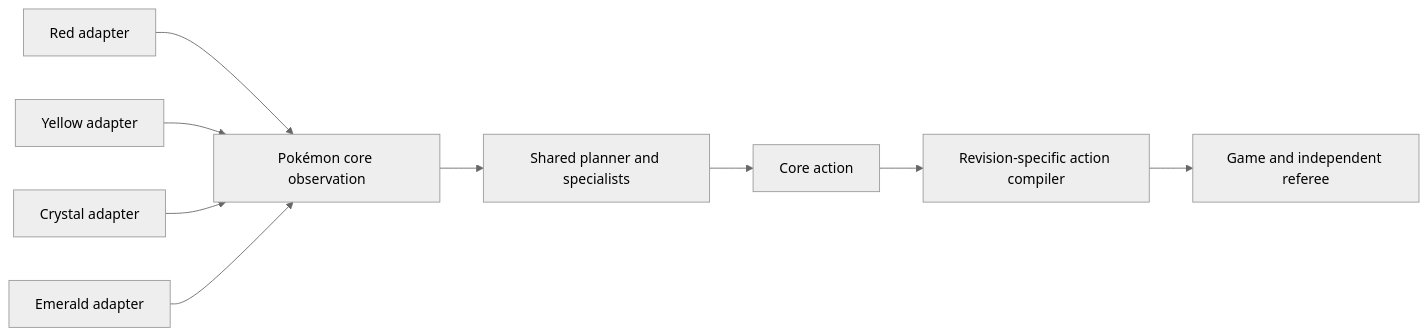
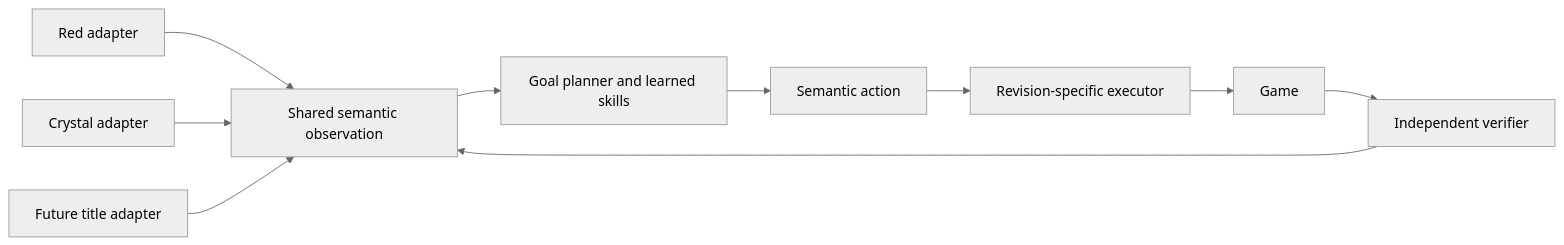
One commit to PeteAndrews1289/pokemon-red-completion-agent changed the diagram in docs/transfer-learning.md. Above: the diagram before and after it, drawn with Mermaid (neutral theme). The commit also changed other lines of this file and 56 other files, not shown here.

````diff
--- a/docs/transfer-learning.md
+++ b/docs/transfer-learning.md
@@ -54,11 +49,12 @@
 ```mermaid
 flowchart LR
-    R["Red adapter"] --> O["Pokémon core observation"]
-    Y["Yellow adapter"] --> O
+    R["Red adapter"] --> O["Shared semantic observation"]
     C["Crystal adapter"] --> O
-    E["Emerald adapter"] --> O
-    O --> P["Shared planner and specialists"]
-    P --> A["Core action"]
-    A --> RC["Revision-specific action compiler"]
-    RC --> G["Game and independent referee"]
+    F["Future title adapter"] --> O
+    O --> P["Goal planner and learned skills"]
+    P --> A["Semantic action"]
+    A --> X["Revision-specific executor"]
+    X --> G["Game"]
+    G --> V["Independent verifier"]
+    V --> O
 ```
````
